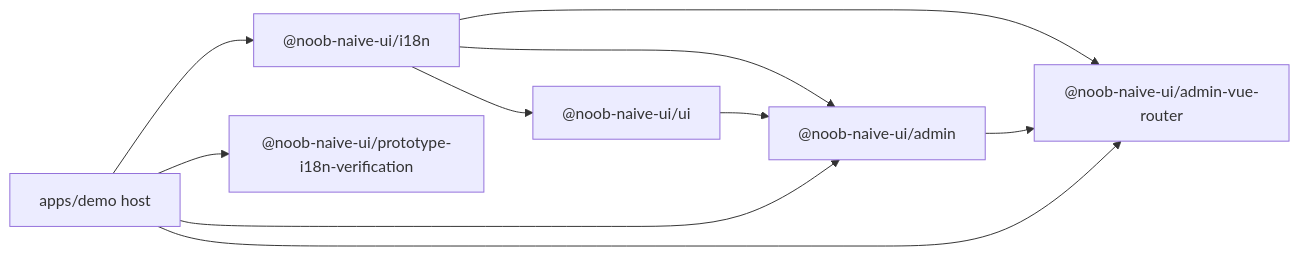
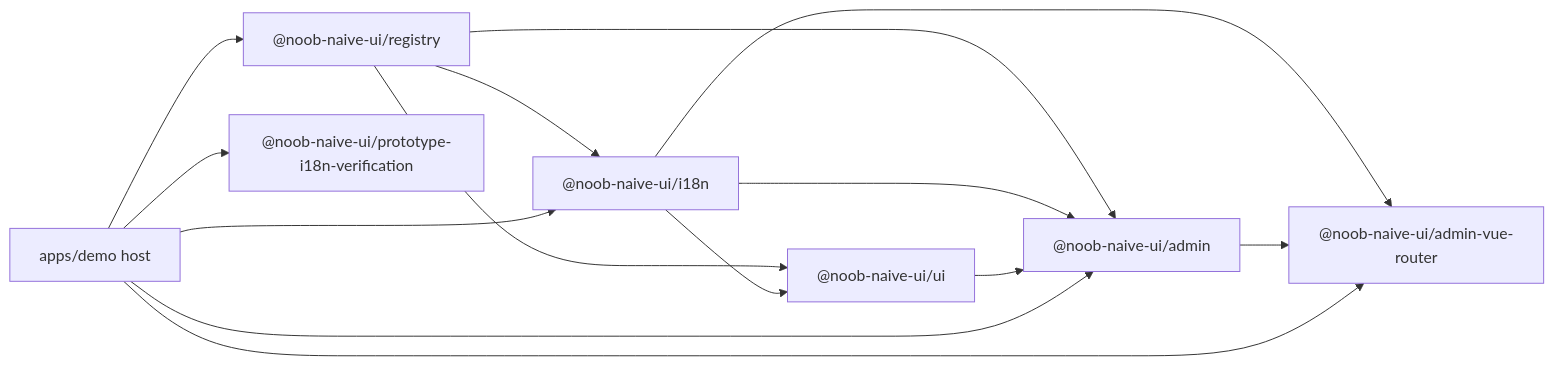
One commit to hechang27-sprt/noob-components-v2 changed the diagram in openwiki/architecture/overview.md. Above: the diagram before and after it, drawn with Mermaid. The commit also changed other lines of this file and 14 other files, not shown here.

````diff
--- a/openwiki/architecture/overview.md
+++ b/openwiki/architecture/overview.md
@@ -42,18 +43,23 @@
 ```mermaid
 flowchart LR
+    REG["@noob-naive-ui/registry"]
     I18N["@noob-naive-ui/i18n"]
     UI["@noob-naive-ui/ui"]
     ADMIN["@noob-naive-ui/admin"]
     ROUTER["@noob-naive-ui/admin-vue-router"]
     PROTO["@noob-naive-ui/prototype-i18n-verification"]
     DEMO["apps/demo host"]
+    REG --> I18N
+    REG --> UI
+    REG --> ADMIN
     I18N --> UI
     I18N --> ADMIN
     I18N --> ROUTER
     UI --> ADMIN
     ADMIN --> ROUTER
     DEMO --> ADMIN
     DEMO --> ROUTER
     DEMO --> I18N
     DEMO --> PROTO
+    DEMO --> REG
 ```
````
